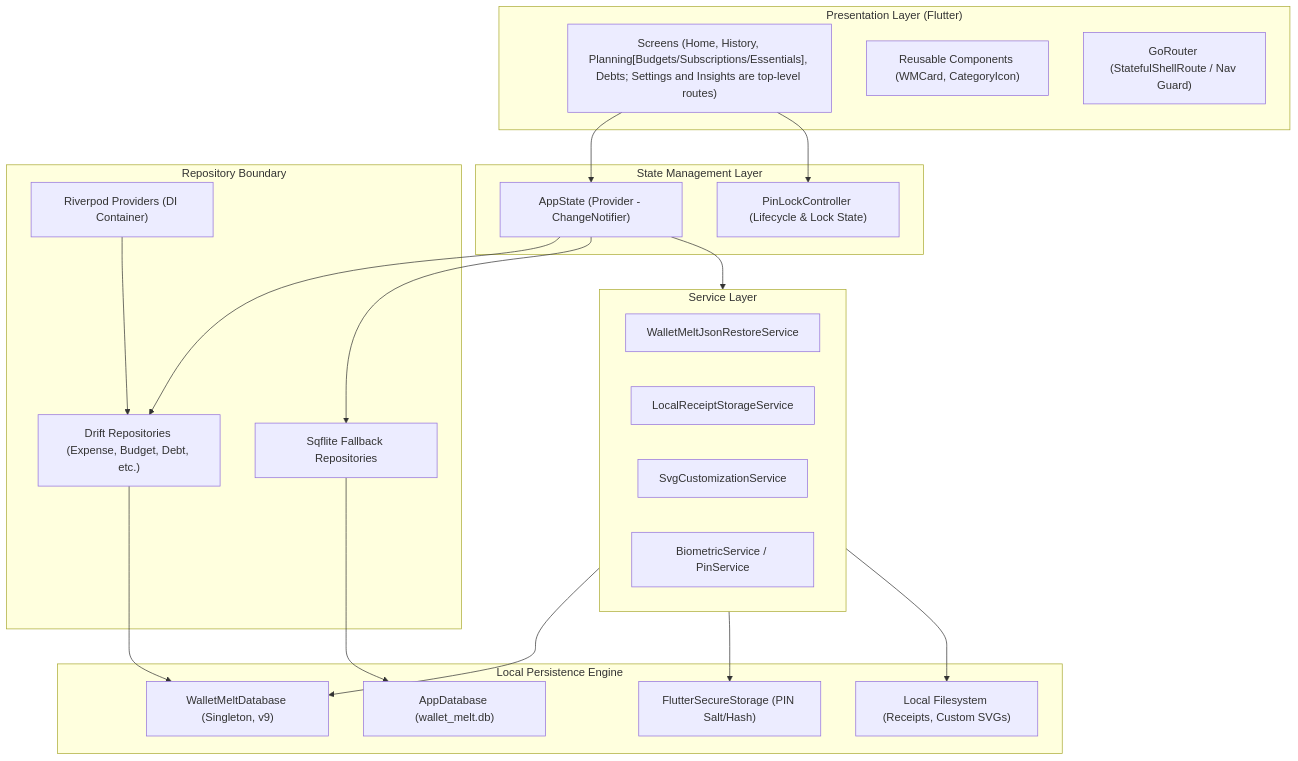
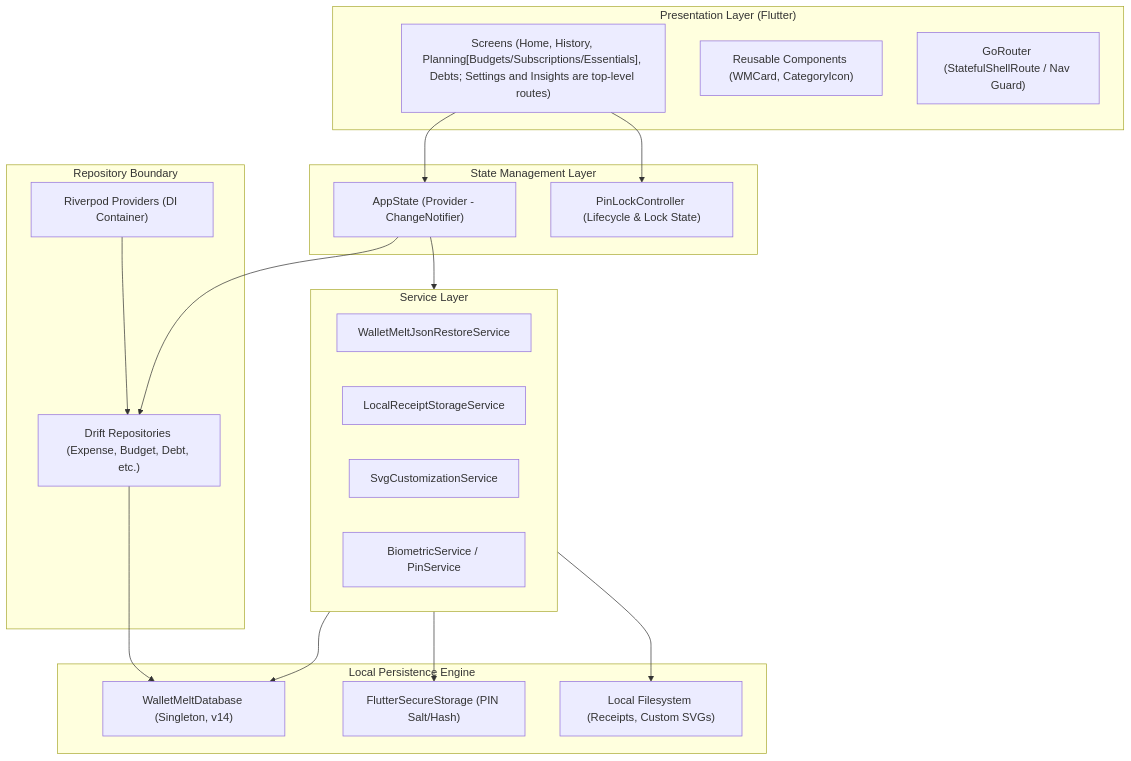
The diagram in WalletMelt/02-Architecture/Application-Architecture.md (muneeb2004/WalletMelt), drawn with Mermaid before and after one commit. The commit also changed other lines of this file and 6 other files, not shown here.

First line of the commit message:
docs(vault): correct stale claims about storage, PIN hashing, schema

````diff
--- a/WalletMelt/02-Architecture/Application-Architecture.md
+++ b/WalletMelt/02-Architecture/Application-Architecture.md
@@ -18,45 +18,41 @@
 ```mermaid
 graph TD
     subgraph UI ["Presentation Layer (Flutter)"]
         Screens["Screens (Home, History, Planning[Budgets/Subscriptions/Essentials], Debts; Settings and Insights are top-level routes)"]
         Components["Reusable Components (WMCard, CategoryIcon)"]
         AppRouter["GoRouter (StatefulShellRoute / Nav Guard)"]
     end
 
     subgraph State ["State Management Layer"]
         AppState["AppState (Provider - ChangeNotifier)"]
         PinLock["PinLockController (Lifecycle & Lock State)"]
     end
 
     subgraph Services ["Service Layer"]
         Restorer["WalletMeltJsonRestoreService"]
         ReceiptStorage["LocalReceiptStorageService"]
         SvgService["SvgCustomizationService"]
         Biometrics["BiometricService / PinService"]
     end
 
     subgraph Repositories ["Repository Boundary"]
         RiverpodDI["Riverpod Providers (DI Container)"]
         DriftRepos["Drift Repositories (Expense, Budget, Debt, etc.)"]
-        SqfliteFallback["Sqflite Fallback Repositories"]
     end
 
     subgraph Data ["Local Persistence Engine"]
-        DriftDB["WalletMeltDatabase (Singleton, v9)"]
-        SqfliteDB["AppDatabase (wallet_melt.db)"]
+        DriftDB["WalletMeltDatabase (Singleton, v14)"]
         SecureStorage["FlutterSecureStorage (PIN Salt/Hash)"]
         DiskFiles["Local Filesystem (Receipts, Custom SVGs)"]
     end
 
     Screens --> AppState
     Screens --> PinLock
     AppState --> DriftRepos
-    AppState --> SqfliteFallback
     AppState --> Services
     RiverpodDI --> DriftRepos
     DriftRepos --> DriftDB
-    SqfliteFallback --> SqfliteDB
     Services --> DriftDB
     Services --> SecureStorage
     Services --> DiskFiles
 ```
````
